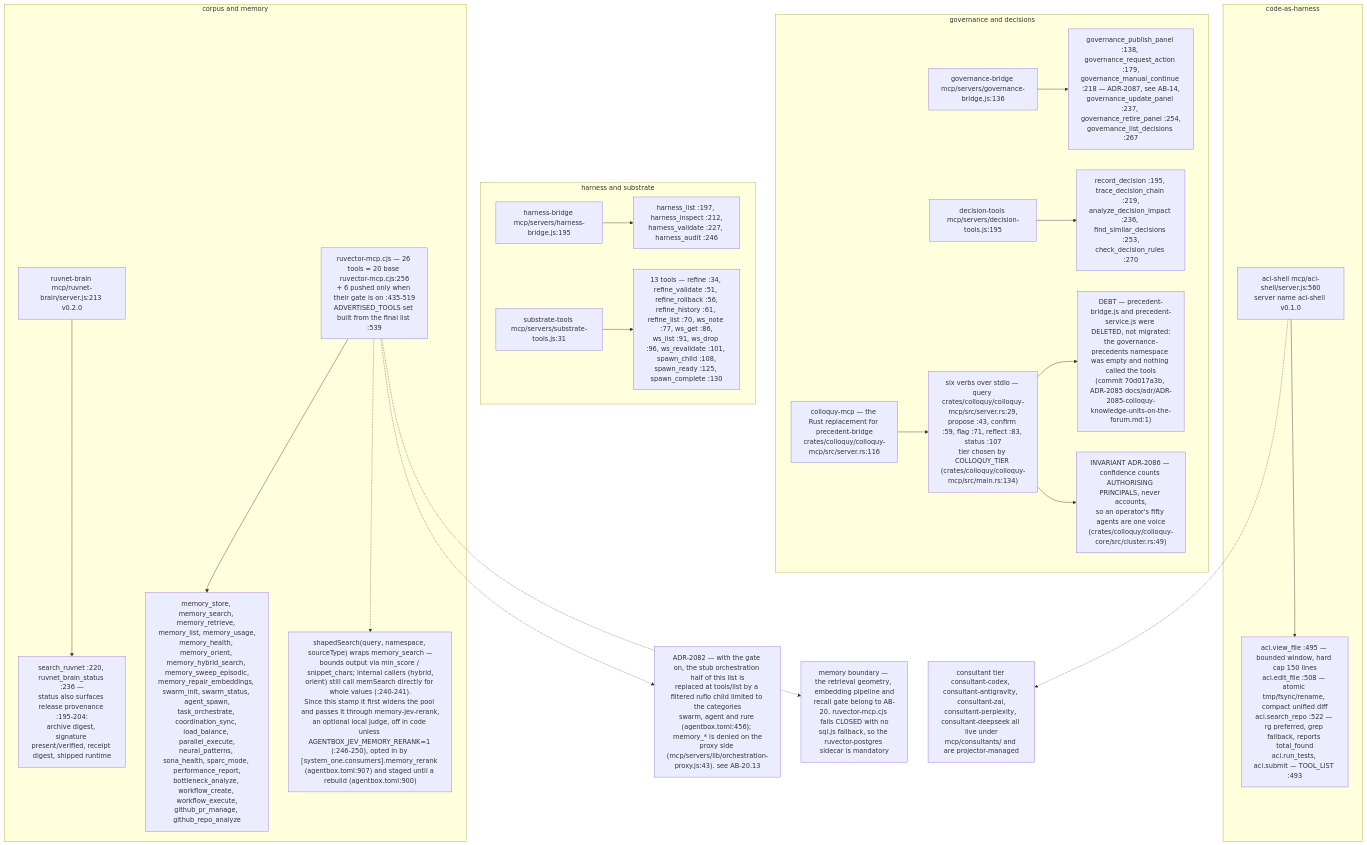
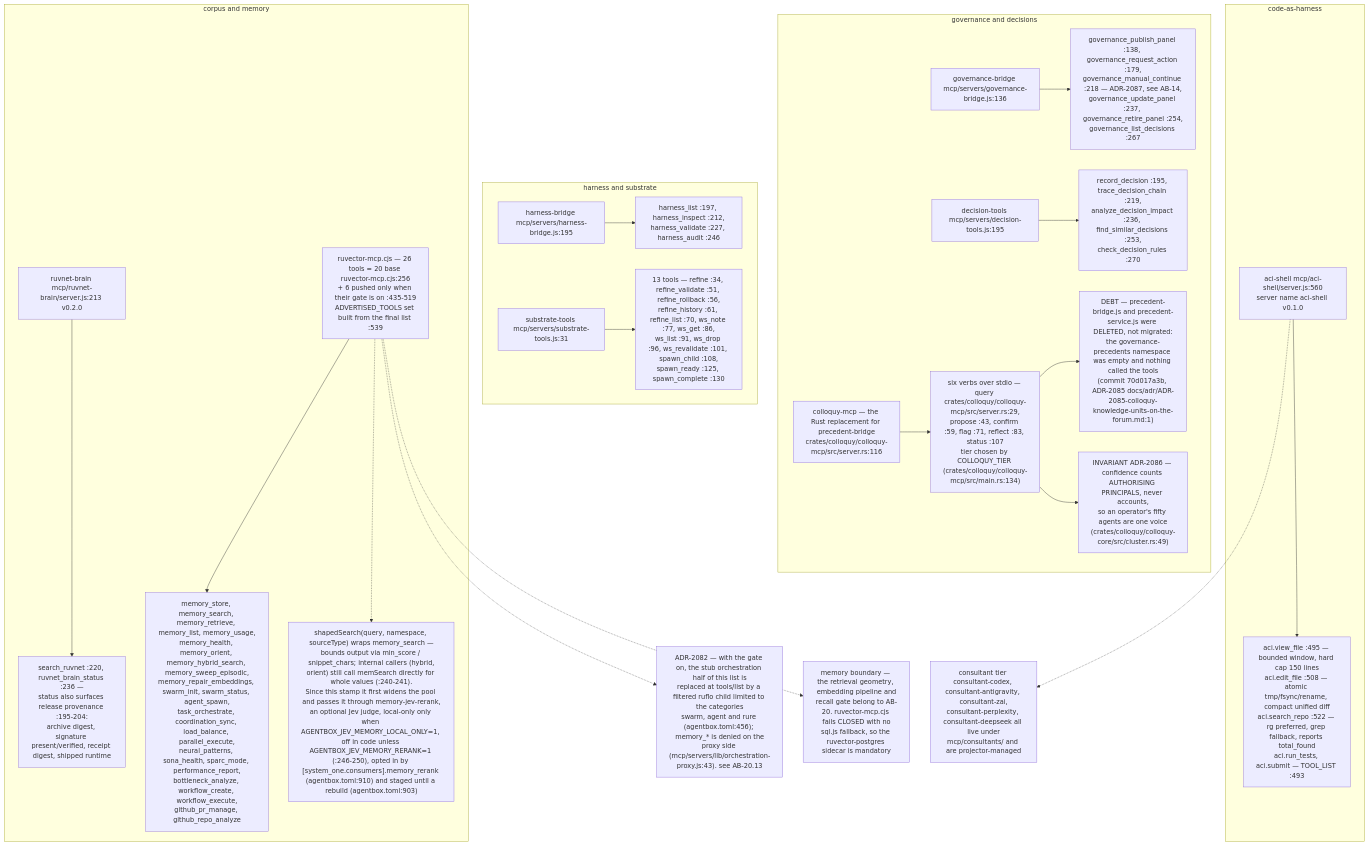
One commit to DreamLab-AI/VisionFlow changed the fifth of 7 diagrams in docs/diagrams/agentbox/09-mcp-servers-catalogue.md. Above: the diagram before and after it, drawn with Mermaid. The commit also changed other lines of this file and 142 other files, not shown here.

First line of the commit message:
docs(diagrams): one System One route; re-verify 140 topics at today's heads

````diff
--- a/docs/diagrams/agentbox/09-mcp-servers-catalogue.md
+++ b/docs/diagrams/agentbox/09-mcp-servers-catalogue.md
@@ -162,26 +162,26 @@
 ```mermaid
 flowchart TB
     subgraph CODE["code-as-harness"]
         A["aci-shell mcp/aci-shell/server.js:560<br/>server name aci-shell v0.1.0"]
         A --> AT["aci.view_file :495 — bounded window, hard cap 150 lines<br/>aci.edit_file :508 — atomic tmp/fsync/rename, compact unified diff<br/>aci.search_repo :522 — rg preferred, grep fallback, reports total_found<br/>aci.run_tests, aci.submit — TOOL_LIST :493"]
     end
     subgraph GOV["governance and decisions"]
         D["governance-bridge mcp/servers/governance-bridge.js:136"] --> DT["governance_publish_panel :138, governance_request_action :179,<br/>governance_manual_continue :218 — ADR-2087, see AB-14,<br/>governance_update_panel :237, governance_retire_panel :254,<br/>governance_list_decisions :267"]
         E["decision-tools mcp/servers/decision-tools.js:195"] --> ET["record_decision :195, trace_decision_chain :219,<br/>analyze_decision_impact :236, find_similar_decisions :253,<br/>check_decision_rules :270"]
         F["colloquy-mcp — the Rust replacement for precedent-bridge<br/>crates/colloquy/colloquy-mcp/src/server.rs:116"] --> FT["six verbs over stdio — query crates/colloquy/colloquy-mcp/src/server.rs:29,<br/>propose :43, confirm :59, flag :71, reflect :83, status :107<br/>tier chosen by COLLOQUY_TIER (crates/colloquy/colloquy-mcp/src/main.rs:134)"]
         FT --> FR["DEBT — precedent-bridge.js and precedent-service.js were DELETED, not migrated:<br/>the governance-precedents namespace was empty and nothing called the tools<br/>(commit 70d017a3b, ADR-2085 docs/adr/ADR-2085-colloquy-knowledge-units-on-the-forum.md:1)"]
         FT --> FI["INVARIANT ADR-2086 — confidence counts AUTHORISING PRINCIPALS, never accounts,<br/>so an operator's fifty agents are one voice<br/>(crates/colloquy/colloquy-core/src/cluster.rs:49)"]
     end
     subgraph HARN["harness and substrate"]
         G["harness-bridge mcp/servers/harness-bridge.js:195"] --> GT["harness_list :197, harness_inspect :212,<br/>harness_validate :227, harness_audit :246"]
         H["substrate-tools mcp/servers/substrate-tools.js:31"] --> HT["13 tools — refine :34, refine_validate :51, refine_rollback :56,<br/>refine_history :61, refine_list :70, ws_note :77, ws_get :86,<br/>ws_list :91, ws_drop :96, ws_revalidate :101, spawn_child :108,<br/>spawn_ready :125, spawn_complete :130"]
     end
     subgraph KB["corpus and memory"]
         I["ruvnet-brain mcp/ruvnet-brain/server.js:213 v0.2.0"] --> IT["search_ruvnet :220, ruvnet_brain_status :236 —<br/>status also surfaces release provenance :195-204:<br/>archive digest, signature present/verified, receipt digest, shipped runtime"]
         J["ruvector-mcp.cjs — 26 tools = 20 base ruvector-mcp.cjs:256<br/>+ 6 pushed only when their gate is on :435-519<br/>ADVERTISED_TOOLS set built from the final list :539"] --> JT["memory_store, memory_search, memory_retrieve, memory_list, memory_usage,<br/>memory_health, memory_orient, memory_hybrid_search, memory_sweep_episodic,<br/>memory_repair_embeddings, swarm_init, swarm_status, agent_spawn,<br/>task_orchestrate, coordination_sync, load_balance, parallel_execute,<br/>neural_patterns, sona_health, sparc_mode, performance_report,<br/>bottleneck_analyze, workflow_create, workflow_execute,<br/>github_pr_manage, github_repo_analyze"]
-        J -.-> JS["shapedSearch(query, namespace, sourceType) wraps memory_search —<br/>bounds output via min_score / snippet_chars; internal callers (hybrid,<br/>orient) still call memSearch directly for whole values (:240-241).<br/>Since this stamp it first widens the pool and passes it through memory-jev-rerank,<br/>an optional local judge, off in code unless AGENTBOX_JEV_MEMORY_RERANK=1 (:246-250), opted in by [system_one.consumers].memory_rerank (agentbox.toml:907) and staged until a rebuild (agentbox.toml:900)"]
+        J -.-> JS["shapedSearch(query, namespace, sourceType) wraps memory_search —<br/>bounds output via min_score / snippet_chars; internal callers (hybrid,<br/>orient) still call memSearch directly for whole values (:240-241).<br/>Since this stamp it first widens the pool and passes it through memory-jev-rerank,<br/>an optional Jev judge, local-only only when AGENTBOX_JEV_MEMORY_LOCAL_ONLY=1, off in code unless AGENTBOX_JEV_MEMORY_RERANK=1 (:246-250), opted in by [system_one.consumers].memory_rerank (agentbox.toml:910) and staged until a rebuild (agentbox.toml:903)"]
     end
     J -.-> RVO["ADR-2082 — with the gate on, the stub orchestration half of this list is<br/>replaced at tools/list by a filtered ruflo child limited to the categories<br/>swarm, agent and rure (agentbox.toml:456); memory_* is denied on the<br/>proxy side (mcp/servers/lib/orchestration-proxy.js:43). see AB-20.13"]
     J -.-> RVB["memory boundary — the retrieval geometry, embedding pipeline and<br/>recall gate belong to AB-20. ruvector-mcp.cjs fails CLOSED with no<br/>sql.js fallback, so the ruvector-postgres sidecar is mandatory"]
     A -.-> AB["consultant tier consultant-codex, consultant-antigravity, consultant-zai,<br/>consultant-perplexity, consultant-deepseek all live under<br/>mcp/consultants/ and are projector-managed"]
 ```
````
